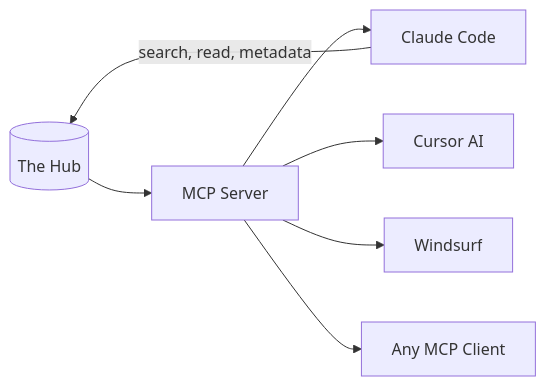
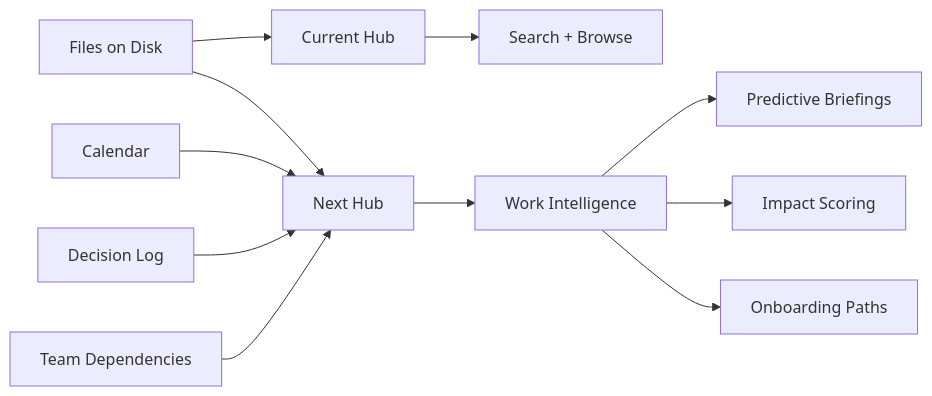
The first of 4 diagrams in docs/future-developments.md (ahmedkhaledmohamed/the-hub), drawn with Mermaid before and after one commit. The commit also changed other lines of this file, not shown here.

````diff
--- a/docs/future-developments.md
+++ b/docs/future-developments.md
@@ -31,9 +64,14 @@
 ```mermaid
 flowchart LR
-    Hub[(The Hub)] --> MCP[MCP Server]
-    MCP --> Claude[Claude Code]
-    MCP --> Cursor[Cursor AI]
-    MCP --> Wind[Windsurf]
-    MCP --> Any[Any MCP Client]
-    Claude --> |search, read, metadata| Hub
+    Files[Files on Disk] --> Current[Current Hub]
+    Current --> Search[Search + Browse]
+
+    Files --> Next[Next Hub]
+    Meetings[Calendar] --> Next
+    Decisions[Decision Log] --> Next
+    Dependencies[Team Dependencies] --> Next
+    Next --> Intelligence[Work Intelligence]
+    Intelligence --> Predict[Predictive Briefings]
+    Intelligence --> Impact[Impact Scoring]
+    Intelligence --> Onboard[Onboarding Paths]
 ```
````
